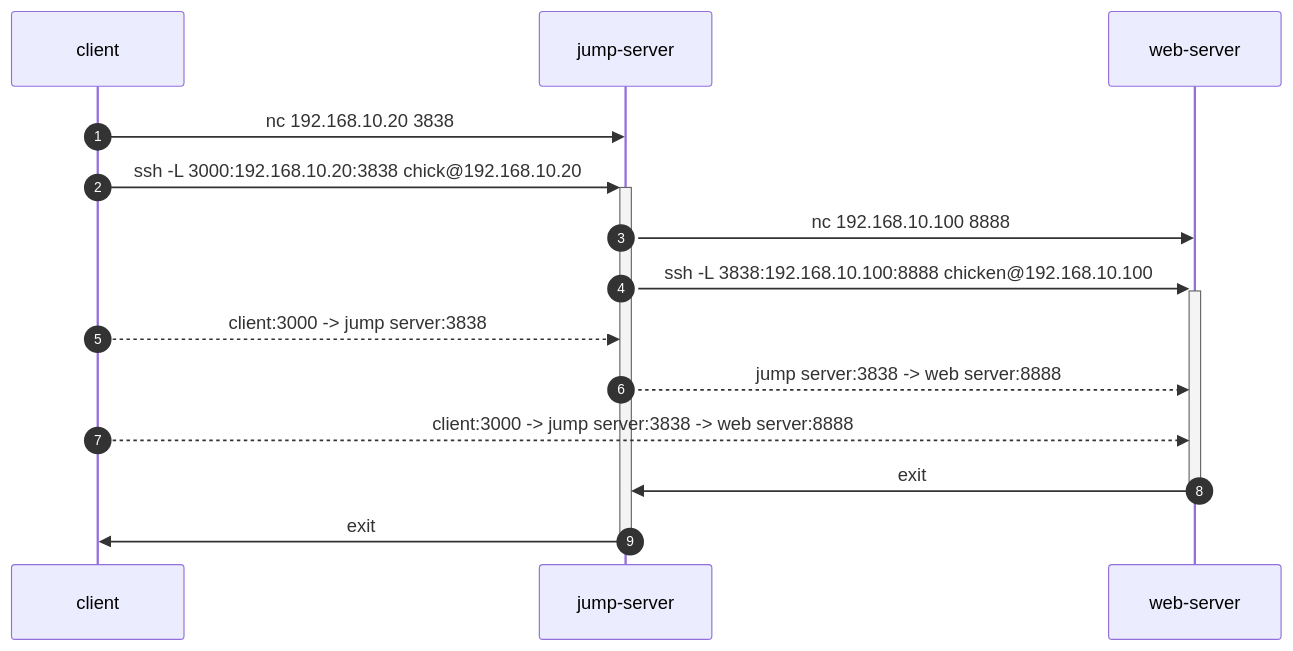
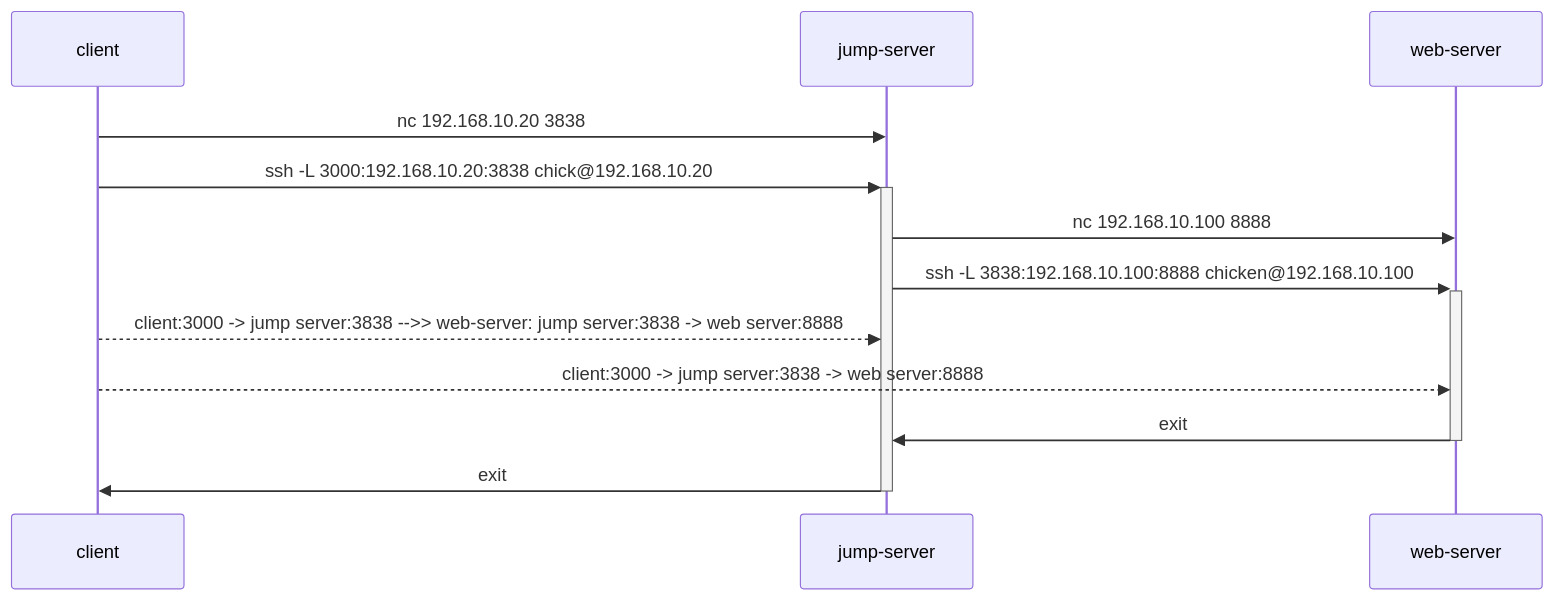
Before and after one commit to qwasium/ssh-memo: the first of 2 diagrams in local-port-forward.md, drawn with Mermaid.

````diff
--- a/local-port-forward.md
+++ b/local-port-forward.md
@@ -37,13 +37,11 @@
 ```mermaid
 sequenceDiagram
-  autonumber
   client ->> jump-server: nc 192.168.10.20 3838
   client ->> +jump-server: ssh -L 3000:192.168.10.20:3838 chick@192.168.10.20
   jump-server ->> web-server: nc 192.168.10.100 8888
   jump-server ->> +web-server: ssh -L 3838:192.168.10.100:8888 chicken@192.168.10.100
-  client -->> jump-server: client:3000 -> jump server:3838
-  jump-server -->> web-server: jump server:3838 -> web server:8888
+  client -->> jump-server: client:3000 -> jump server:3838  -->> web-server: jump server:3838 -> web server:8888
   client -->> web-server: client:3000 -> jump server:3838 -> web server:8888
   web-server ->> -jump-server: exit
   jump-server ->> -client: exit
 ```
````
